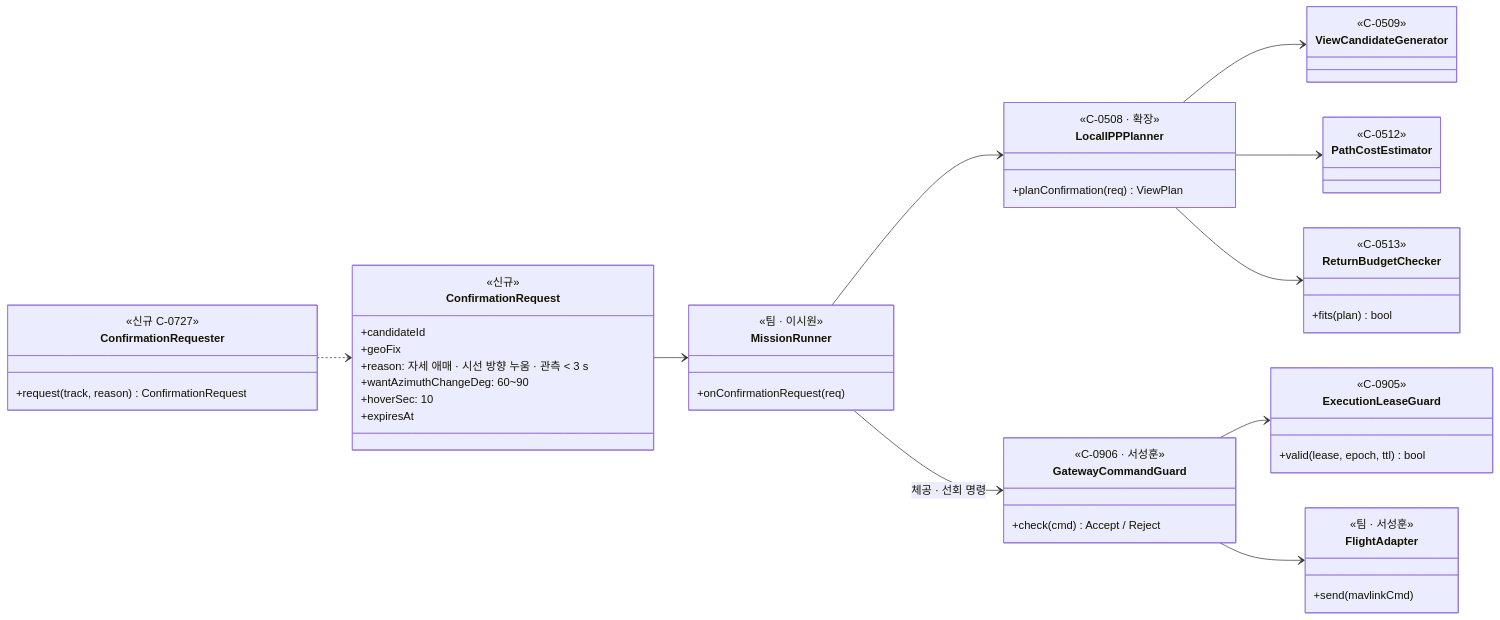
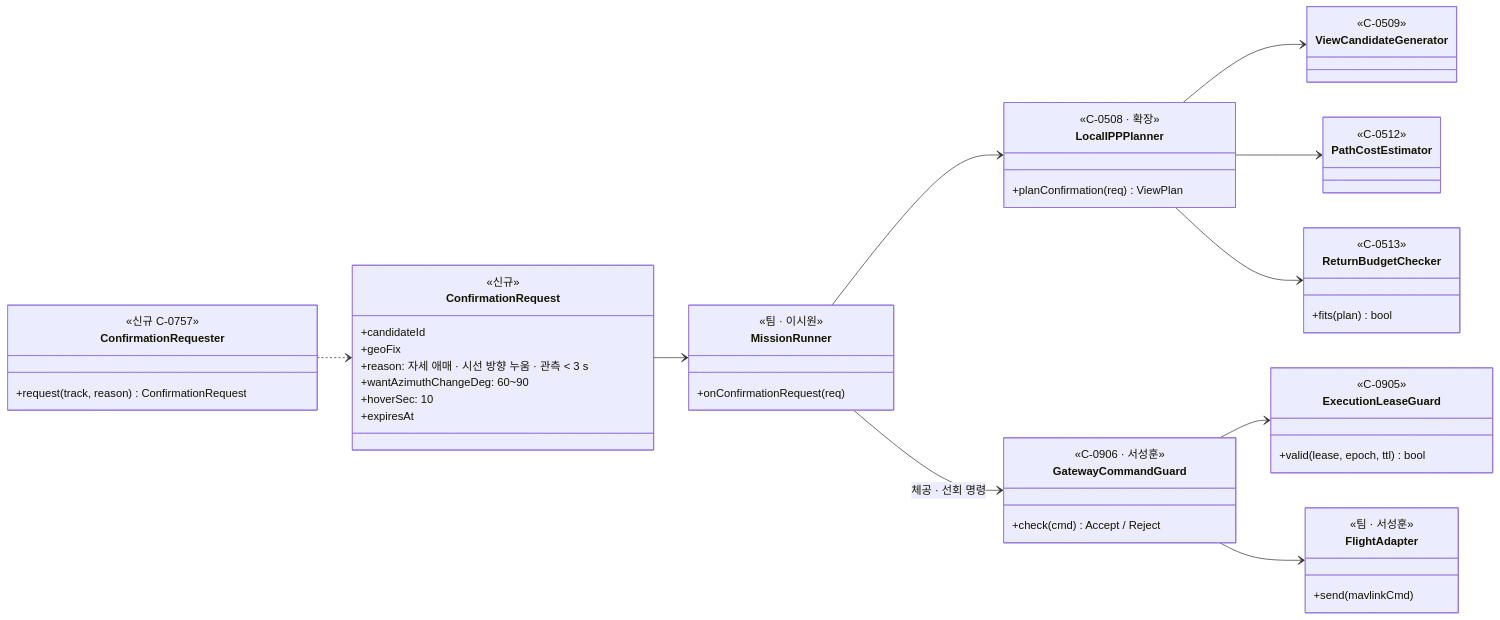
Before and after one commit to tim9985/Capstone: the third of 4 diagrams in obsidian/11 서버 학습 계획/07 객체지향 설계 v2 - 상태 인지 반영.md, drawn with Mermaid. The commit also changed other lines of this file and 9 other files, not shown here.

Commit message:
SDD v1.5 비전 클래스 다이어그램 8장 — 9.30 피드백 객체지향 계층 (Controller · Service 인터페이스 · DAO · Entity · DTO · 패키지 간 인터페이스)

````diff
--- a/obsidian/11 서버 학습 계획/07 객체지향 설계 v2 - 상태 인지 반영.md
+++ b/obsidian/11 서버 학습 계획/07 객체지향 설계 v2 - 상태 인지 반영.md
@@ -251,56 +252,56 @@
 ```mermaid
 classDiagram
     direction LR
     class ConfirmationRequester {
-        <<신규 C-0727>>
+        <<신규 C-0757>>
         +request(track, reason) ConfirmationRequest
     }
     class ConfirmationRequest {
         <<신규>>
         +candidateId
         +geoFix
         +reason: 자세 애매 · 시선 방향 누움 · 관측 < 3 s
         +wantAzimuthChangeDeg: 60~90
         +hoverSec: 10
         +expiresAt
     }
     class MissionRunner {
         <<팀 · 이시원>>
         +onConfirmationRequest(req)
     }
     class LocalIPPPlanner {
         <<C-0508 · 확장>>
         +planConfirmation(req) ViewPlan
     }
     class ViewCandidateGenerator {
         <<C-0509>>
     }
     class ReturnBudgetChecker {
         <<C-0513>>
         +fits(plan) bool
     }
     class PathCostEstimator {
         <<C-0512>>
     }
     class GatewayCommandGuard {
         <<C-0906 · 서성훈>>
         +check(cmd) Accept / Reject
     }
     class ExecutionLeaseGuard {
         <<C-0905>>
         +valid(lease, epoch, ttl) bool
     }
     class FlightAdapter {
         <<팀 · 서성훈>>
         +send(mavlinkCmd)
     }
     ConfirmationRequester ..> ConfirmationRequest
     ConfirmationRequest --> MissionRunner
     MissionRunner --> LocalIPPPlanner
     LocalIPPPlanner --> ViewCandidateGenerator
     LocalIPPPlanner --> PathCostEstimator
     LocalIPPPlanner --> ReturnBudgetChecker
     MissionRunner --> GatewayCommandGuard : 체공 · 선회 명령
     GatewayCommandGuard --> ExecutionLeaseGuard
     GatewayCommandGuard --> FlightAdapter
 ```
````
